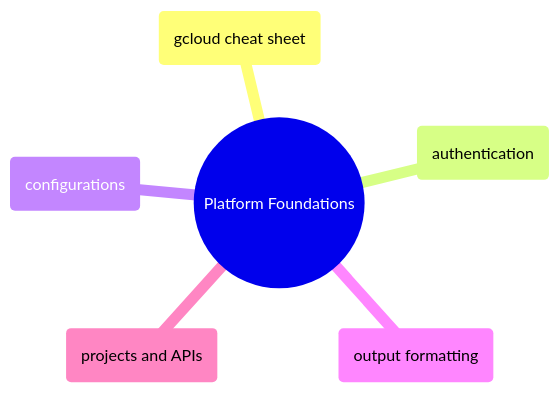
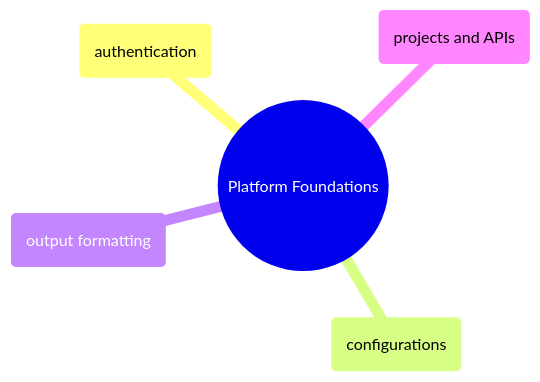
One commit to alp78/elysium changed the diagram in content/06-GCP/Domains/domain-platform-foundations.md. Above: the diagram before and after it, drawn with Mermaid. The commit also changed other lines of this file and 192 other files, not shown here.

````diff
--- a/content/06-GCP/Domains/domain-platform-foundations.md
+++ b/content/06-GCP/Domains/domain-platform-foundations.md
@@ -12,9 +12,8 @@
 ```mermaid
 mindmap
   ((Platform Foundations))
-    (gcloud cheat sheet)
     (authentication)
     (configurations)
     (output formatting)
     (projects and APIs)
 ```
````
